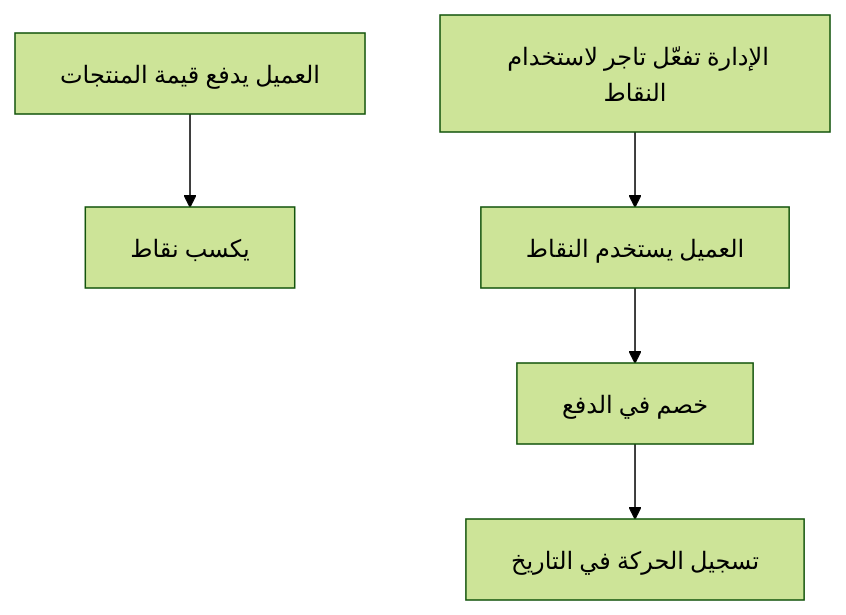
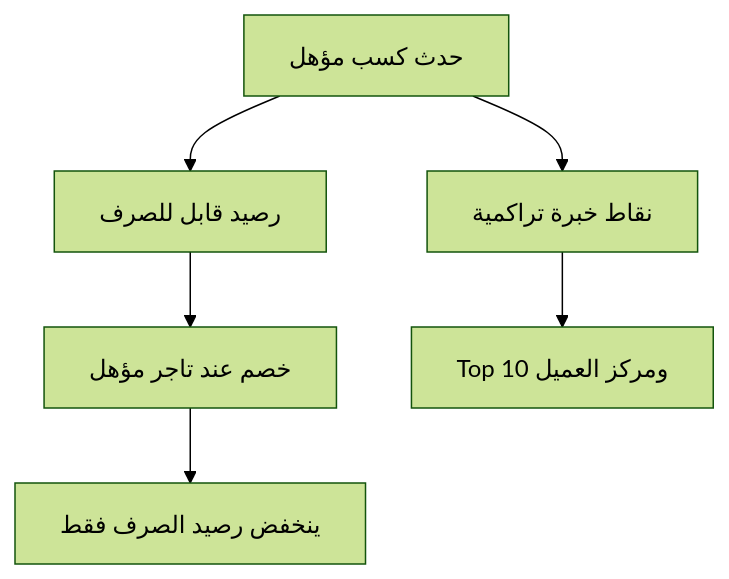
One commit to ziadelsayed2004/codzhub.projects changed the fifth of 6 diagrams in yalla.halan.docs/PRD_AR.md. Above: the diagram before and after it, drawn with Mermaid (forest theme). The commit also changed other lines of this file and 1 other file, not shown here.

````diff
--- a/yalla.halan.docs/PRD_AR.md
+++ b/yalla.halan.docs/PRD_AR.md
@@ -919,7 +964,8 @@
 ```mermaid
 flowchart TD
-    A[العميل يدفع قيمة المنتجات] --> B[يكسب نقاط]
-    C[الإدارة تفعّل تاجر لاستخدام النقاط] --> D[العميل يستخدم النقاط]
-    D --> E[خصم في الدفع]
-    E --> F[تسجيل الحركة في التاريخ]
+    A[حدث كسب مؤهل] --> B[رصيد قابل للصرف]
+    A --> C[نقاط خبرة تراكمية]
+    B --> D[خصم عند تاجر مؤهل]
+    D --> E[ينخفض رصيد الصرف فقط]
+    C --> F[Top 10 ومركز العميل]
 ```
````
